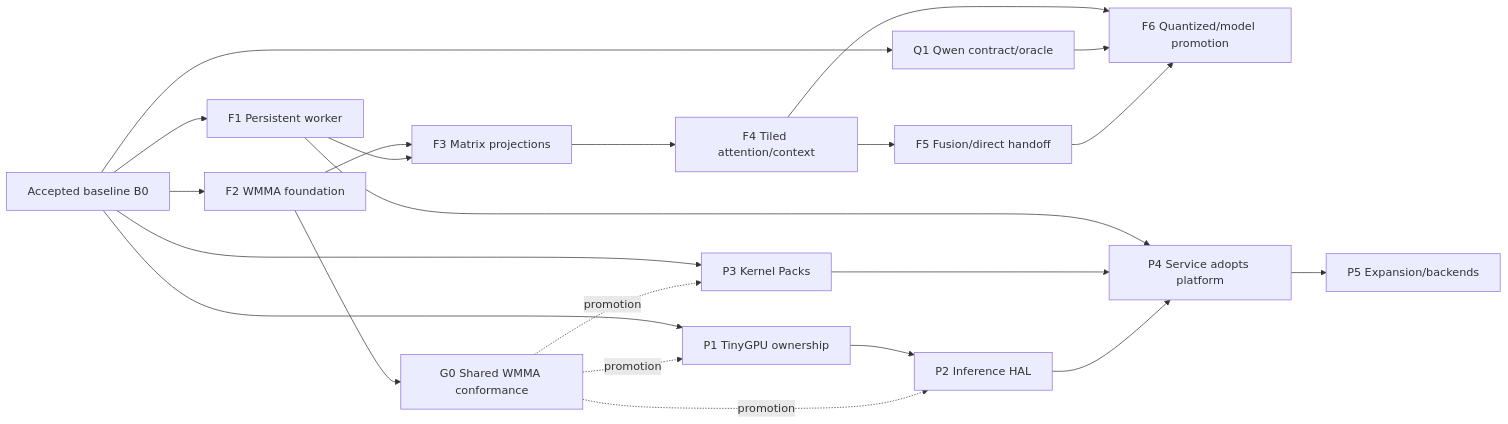
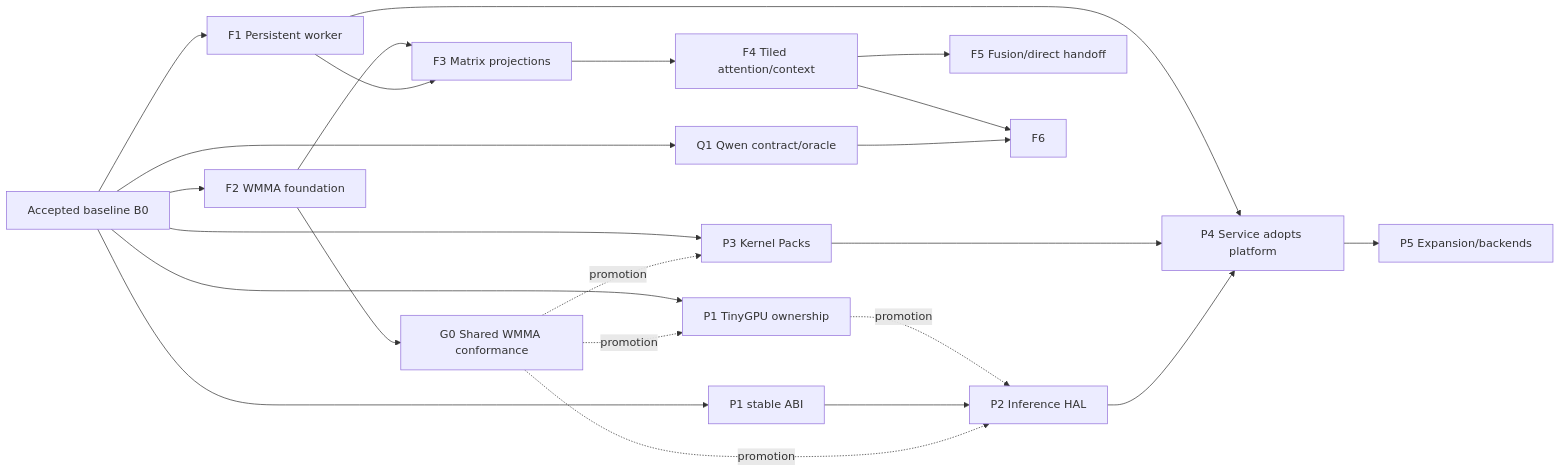
Before and after one commit to trozzelle/mlx-egpu-experiments: the diagram in docs/IMPLEMENTATION_PLAN.md, drawn with Mermaid. The commit also changed other lines of this file and 7 other files, not shown here.

````diff
--- a/docs/IMPLEMENTATION_PLAN.md
+++ b/docs/IMPLEMENTATION_PLAN.md
@@ -46,28 +46,29 @@
 ```mermaid
 flowchart LR
     B0[Accepted baseline B0]
 
     B0 --> F1[F1 Persistent worker]
     B0 --> F2[F2 WMMA foundation]
     F2 --> G0[G0 Shared WMMA conformance]
     G0 -. promotion .-> P1
     G0 -. promotion .-> P2
     G0 -. promotion .-> P3
     F1 --> F3[F3 Matrix projections]
     F2 --> F3
     F3 --> F4[F4 Tiled attention/context]
     F4 --> F5[F5 Fusion/direct handoff]
-    F5 --> F6[F6 Quantized/model promotion]
 
     B0 --> P1[P1 TinyGPU ownership]
-    P1 --> P2[P2 Inference HAL]
+    B0 --> P1ABI[P1 stable ABI]
+    P1ABI --> P2[P2 Inference HAL]
+    P1 -. promotion .-> P2
     B0 --> P3[P3 Kernel Packs]
     P2 --> P4[P4 Service adopts platform]
     P3 --> P4
     F1 --> P4
     P4 --> P5[P5 Expansion/backends]
 
     B0 --> Q1[Q1 Qwen contract/oracle]
     Q1 --> F6
     F4 --> F6
 ```
````
